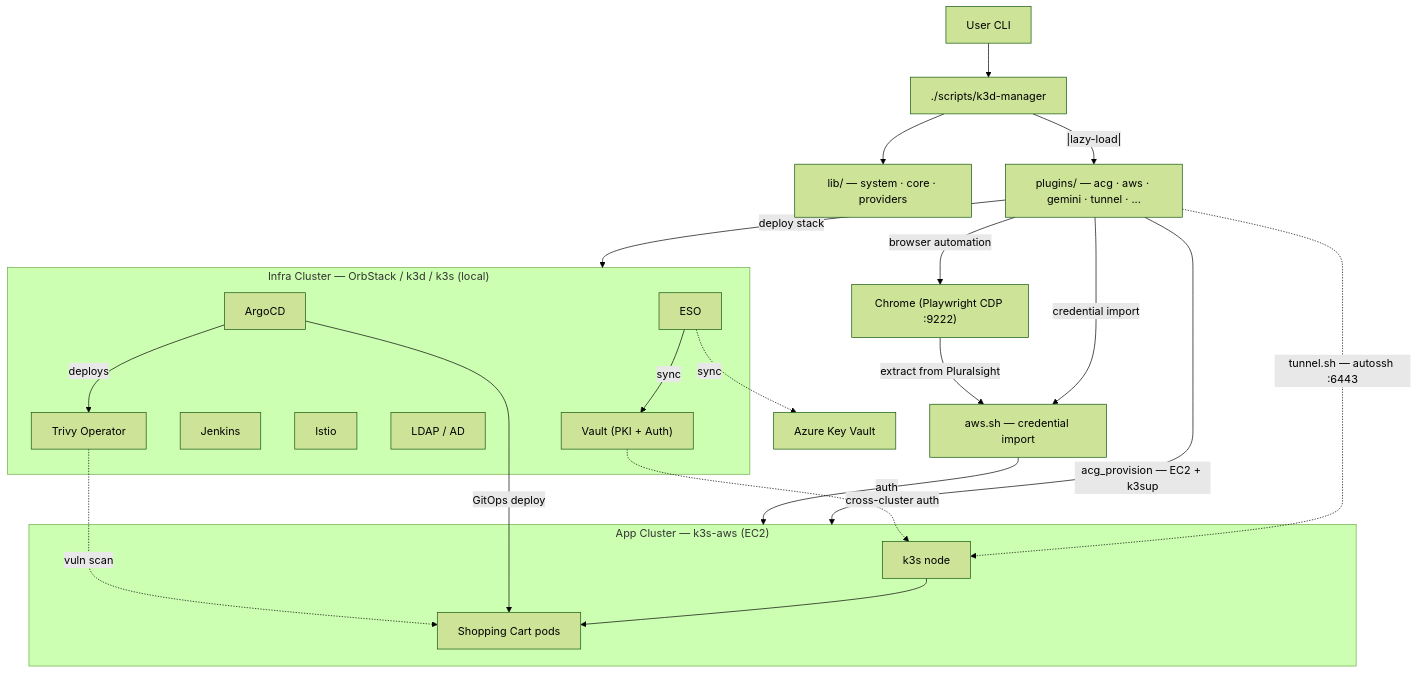
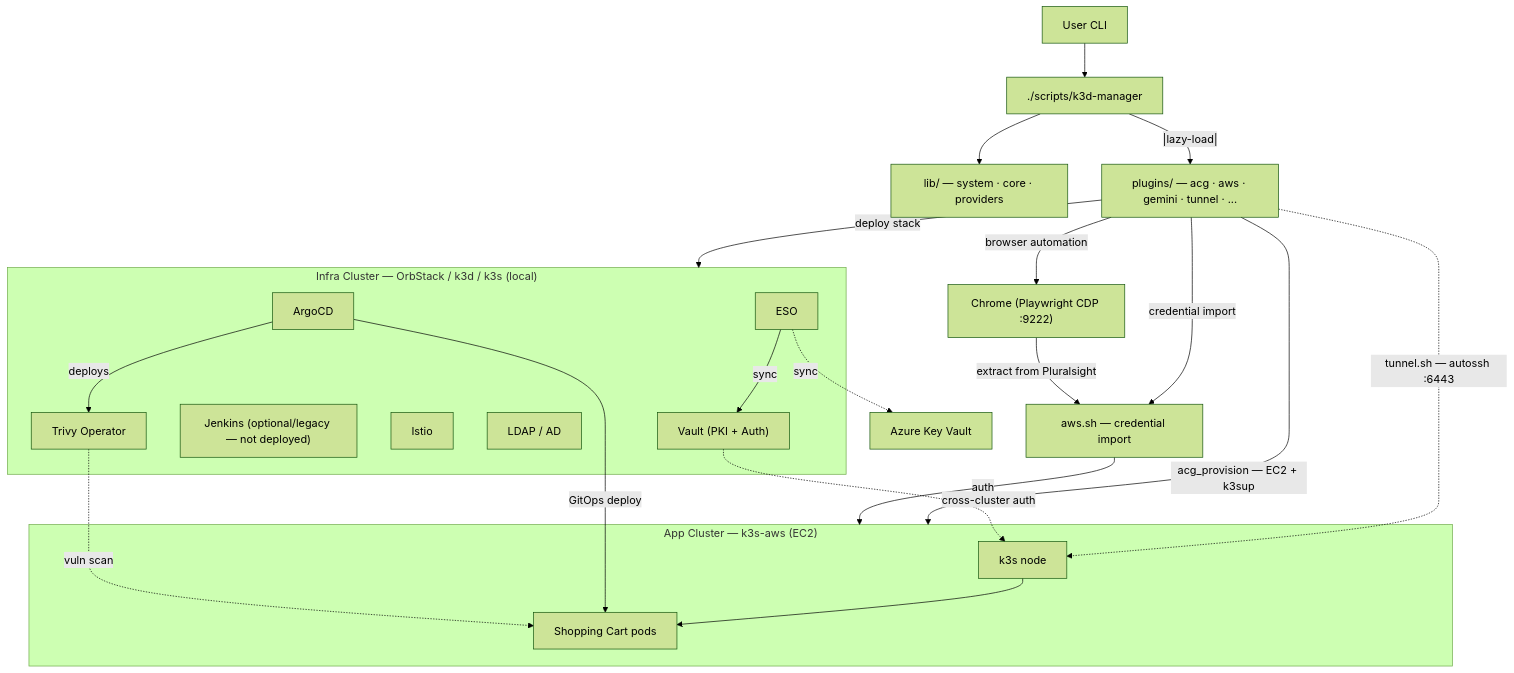
The diagram in README.md (wilddog64/k3d-manager), drawn with Mermaid (forest theme) before and after one commit. The commit also changed other lines of this file and 3 other files, not shown here.

First line of the commit message:
docs: mark Jenkins as optional/legacy (not deployed) in current-state docs

````diff
--- a/README.md
+++ b/README.md
@@ -124,39 +126,39 @@
 ```mermaid
 graph TD
   U[User CLI] --> KM[./scripts/k3d-manager]
   KM --> LIB["lib/ — system · core · providers"]
   KM --|lazy-load|--> PLUG["plugins/ — acg · aws · gemini · tunnel · ..."]
 
   subgraph Infra ["Infra Cluster — OrbStack / k3d / k3s (local)"]
     VAULT["Vault (PKI + Auth)"]
     ESO[ESO]
     ARGOCD[ArgoCD]
-    JENKINS[Jenkins]
+    JENKINS["Jenkins (optional/legacy — not deployed)"]
     ISTIO[Istio]
     LDAP[LDAP / AD]
     TRIVY[Trivy Operator]
     ESO -->|sync| VAULT
     ARGOCD -->|deploys| TRIVY
   end
 
   subgraph AppCluster ["App Cluster — k3s-aws (EC2)"]
     K3S[k3s node]
     APPS[Shopping Cart pods]
     K3S --> APPS
   end
 
   ANTG["Chrome (Playwright CDP :9222)"]
   AWSC["aws.sh — credential import"]
 
   PLUG -->|deploy stack| Infra
   PLUG -->|acg_provision — EC2 + k3sup| AppCluster
   PLUG -->|browser automation| ANTG
   PLUG -->|credential import| AWSC
   ANTG -->|extract from Pluralsight| AWSC
   AWSC -->|auth| AppCluster
   PLUG -.->|tunnel.sh — autossh :6443| K3S
   ARGOCD -->|GitOps deploy| APPS
   TRIVY -.->|vuln scan| APPS
   VAULT -.->|cross-cluster auth| K3S
   ESO -.->|sync| AKV[Azure Key Vault]
 ```
````
